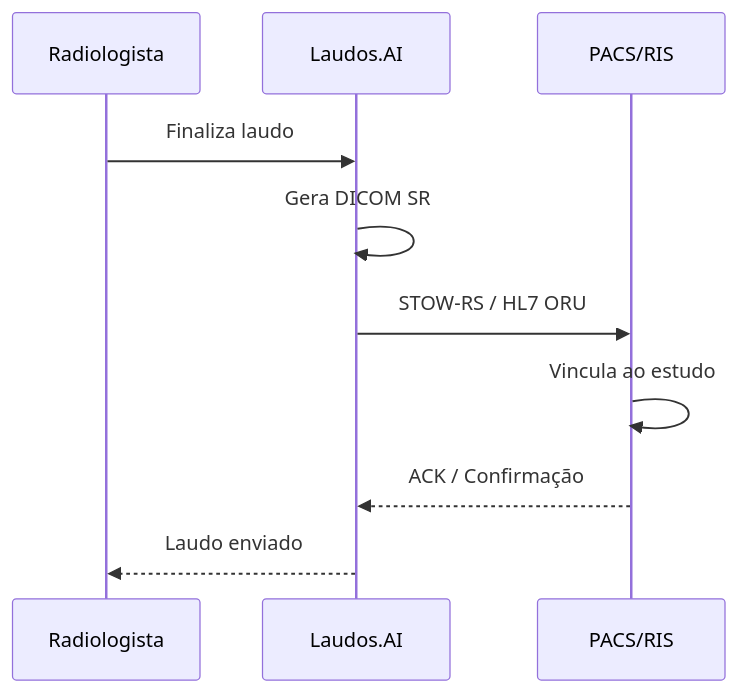
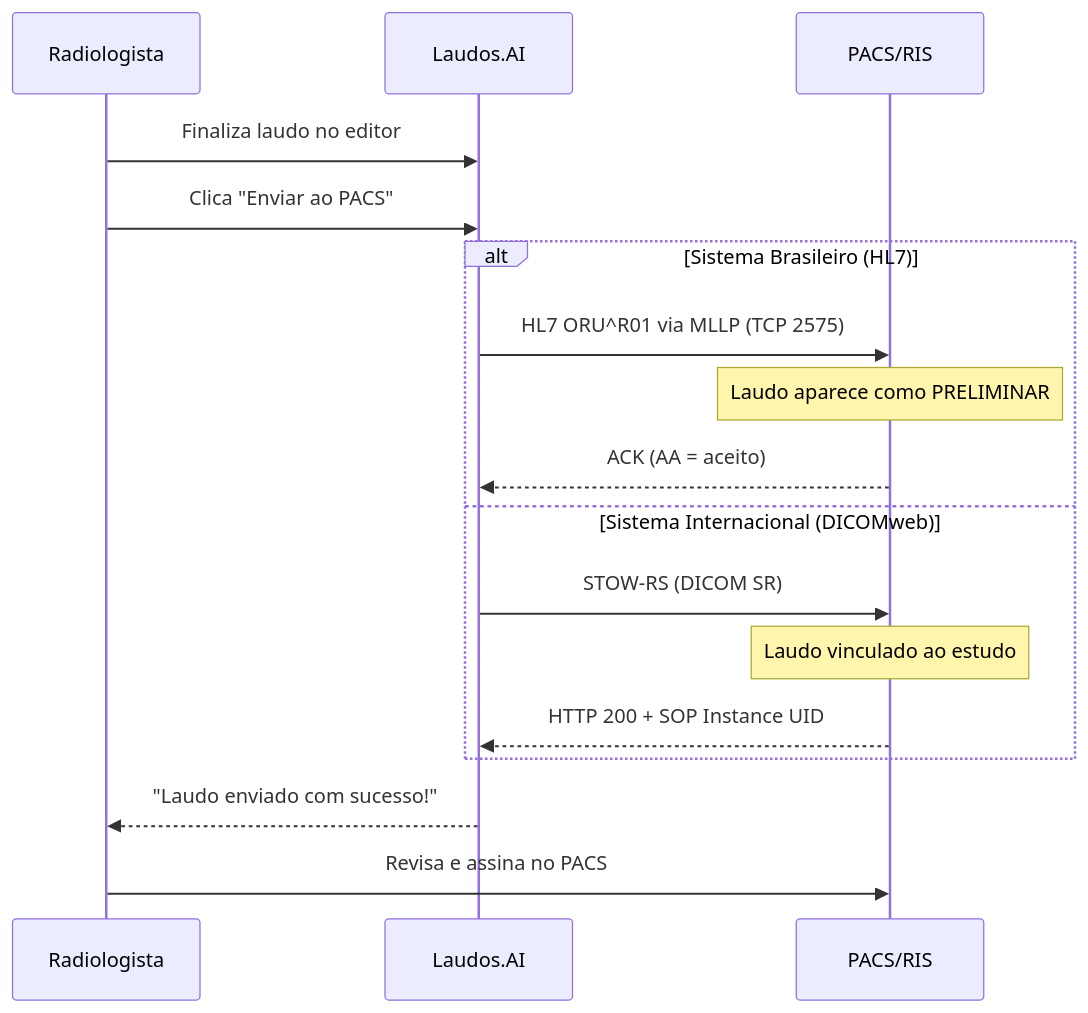
The diagram in developers/integracao-pacs.mdx (Vajbratya/mintlify-docs), drawn with Mermaid before and after one commit. The commit also changed other lines of this file and 1 other file, not shown here.

First line of the commit message:
docs: improve developer section with detailed PACS integration guide

````diff
--- a/developers/integracao-pacs.mdx
+++ b/developers/integracao-pacs.mdx
@@ -128,13 +17,22 @@
 ```mermaid
 sequenceDiagram
     participant Rad as Radiologista
     participant LA as Laudos.AI
     participant PACS as PACS/RIS
 
-    Rad->>LA: Finaliza laudo
-    LA->>LA: Gera DICOM SR
-    LA->>PACS: STOW-RS / HL7 ORU
-    PACS->>PACS: Vincula ao estudo
-    PACS-->>LA: ACK / Confirmação
-    LA-->>Rad: Laudo enviado
+    Rad->>LA: Finaliza laudo no editor
+    Rad->>LA: Clica "Enviar ao PACS"
+
+    alt Sistema Brasileiro (HL7)
+        LA->>PACS: HL7 ORU^R01 via MLLP (TCP 2575)
+        Note over PACS: Laudo aparece como PRELIMINAR
+        PACS-->>LA: ACK (AA = aceito)
+    else Sistema Internacional (DICOMweb)
+        LA->>PACS: STOW-RS (DICOM SR)
+        Note over PACS: Laudo vinculado ao estudo
+        PACS-->>LA: HTTP 200 + SOP Instance UID
+    end
+
+    LA-->>Rad: "Laudo enviado com sucesso!"
+    Rad->>PACS: Revisa e assina no PACS
 ```
````
